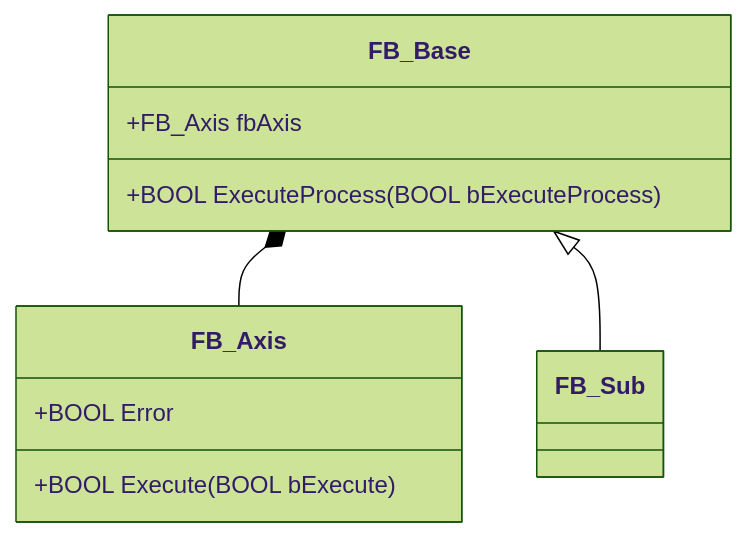
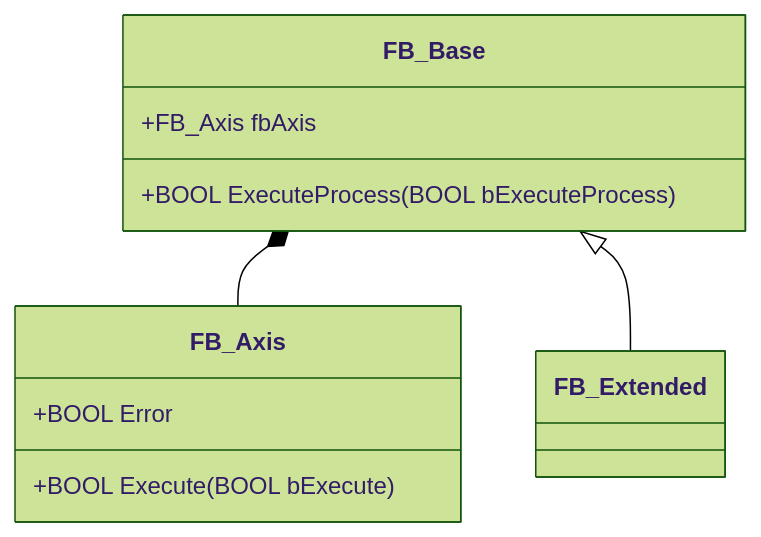
The fourth of 7 diagrams in AAut_MOD_04_IEC_61131_OOP_TOOLS/README.md (hei-synd-aaut/aaut-docs), drawn with Mermaid (forest theme) before and after one commit. The commit also changed other lines of this file and 1 other file, not shown here.

````diff
--- a/AAut_MOD_04_IEC_61131_OOP_TOOLS/README.md
+++ b/AAut_MOD_04_IEC_61131_OOP_TOOLS/README.md
@@ -805,19 +827,19 @@
 ```mermaid
 classDiagram
     class FB_Base {
         +FB_Axis fbAxis
         +BOOL ExecuteProcess(BOOL bExecuteProcess)
     }
 
     class FB_Axis {
         +BOOL Execute(BOOL bExecute)
         +BOOL Error
     }
 
-    class FB_Sub {
+    class FB_Extended {
     }
 
 FB_Base *-- FB_Axis
-FB_Base <|-- FB_Sub
+FB_Base <|-- FB_Extended
 
 ```
````
